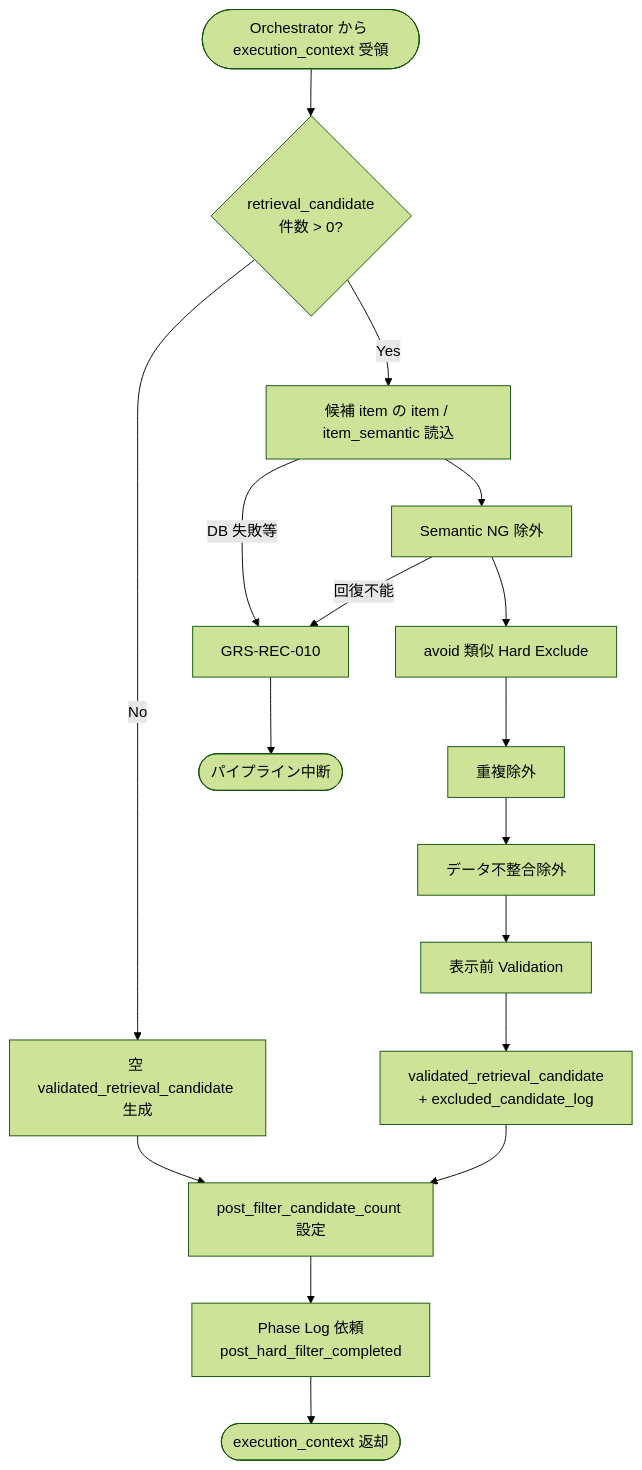
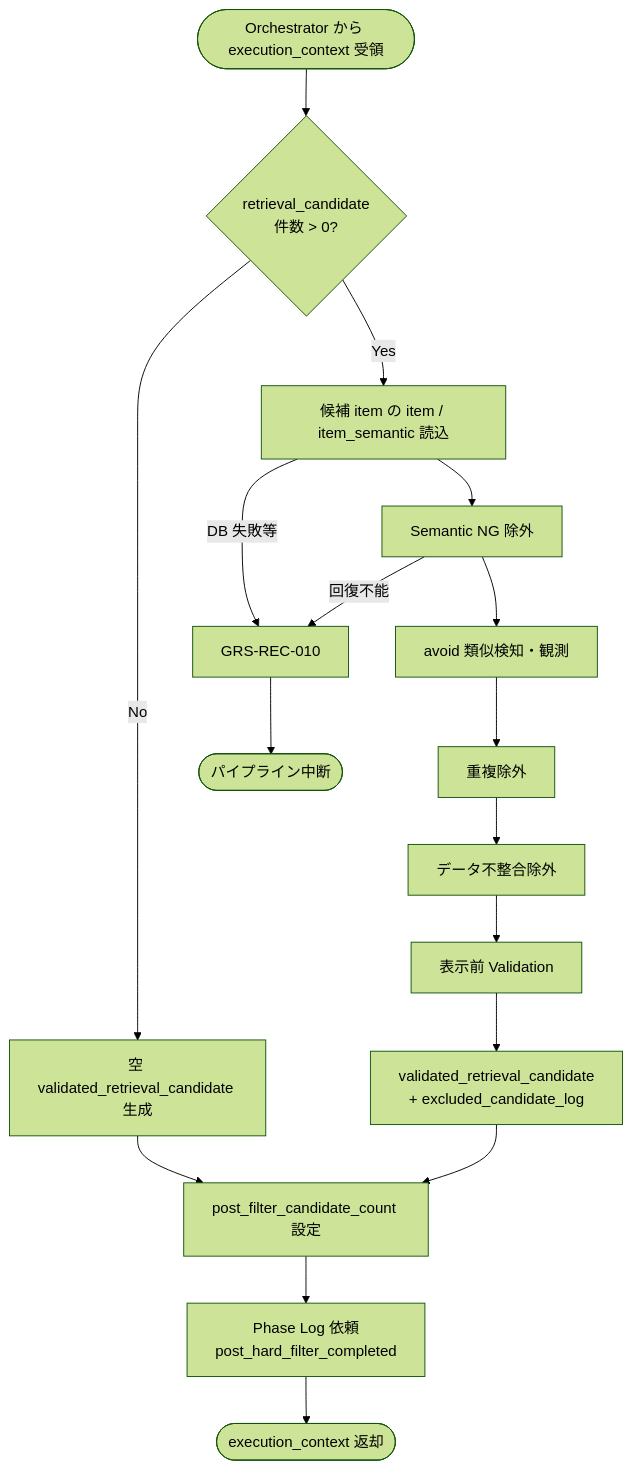
One commit to ryo-chan-k6/GiftRecommendAPP_MVP_CYCLE_3 changed the diagram in docs/06_実装設計/reco/MOD-RECO-013_Post Hard Filter Executorモジュール仕様書.md. Above: the diagram before and after it, drawn with Mermaid (forest theme). The commit also changed other lines of this file and 1 other file, not shown here.

````diff
--- a/docs/06_実装設計/reco/MOD-RECO-013_Post Hard Filter Executorモジュール仕様書.md
+++ b/docs/06_実装設計/reco/MOD-RECO-013_Post Hard Filter Executorモジュール仕様書.md
@@ -176,20 +179,20 @@
 ```mermaid
 flowchart TD
     START([Orchestrator から execution_context 受領]) --> CHECK{retrieval_candidate\n件数 > 0?}
     CHECK -->|No| EMPTY[空 validated_retrieval_candidate 生成]
     CHECK -->|Yes| LOAD[候補 item の item / item_semantic 読込]
     LOAD --> F1[Semantic NG 除外]
-    F1 --> F2[avoid 類似 Hard Exclude]
+    F1 --> F2[avoid 類似検知・観測]
     F2 --> F3[重複除外]
     F3 --> F4[データ不整合除外]
     F4 --> F5[表示前 Validation]
     F5 --> OUT[validated_retrieval_candidate\n+ excluded_candidate_log]
     EMPTY --> MET[post_filter_candidate_count 設定]
     OUT --> MET
     MET --> PL[Phase Log 依頼\npost_hard_filter_completed]
     PL --> SUCCESS([execution_context 返却])
 
     LOAD -->|DB 失敗等| ERR[GRS-REC-010]
     F1 -->|回復不能| ERR
     ERR --> FAIL([パイプライン中断])
 ```
````
